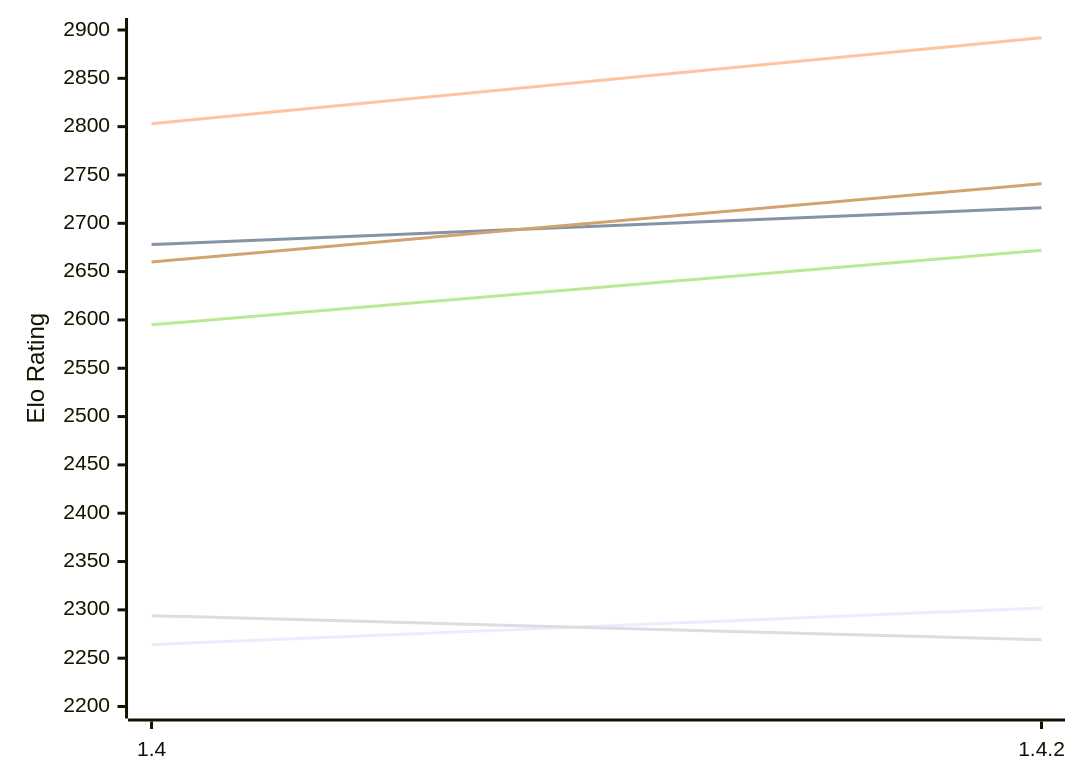
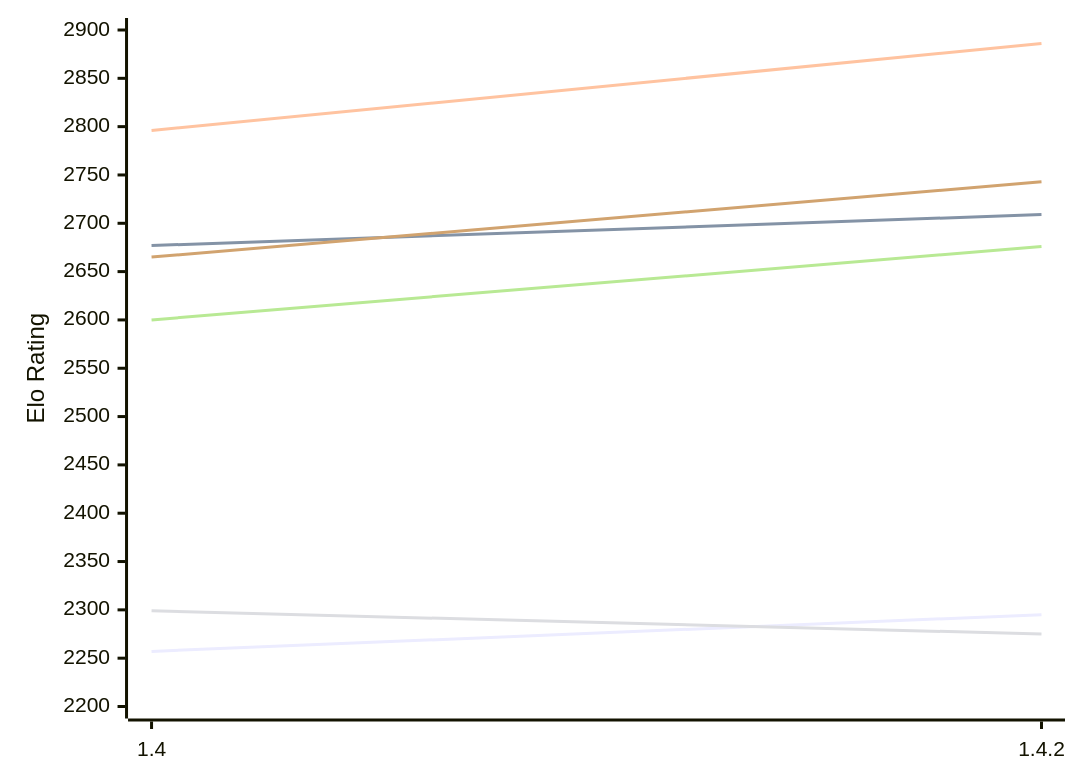
The first of 2 diagrams in engines/Spike.md (computer-chess-index/cci), drawn with Mermaid before and after one commit. The commit also changed other lines of this file, not shown here.

Commit message:
Update CCI Ratings (ELO VLTC) - 2026-11-18

````diff
--- a/engines/Spike.md
+++ b/engines/Spike.md
@@ -50,12 +50,12 @@
 ```mermaid
 %%{init: {"theme":"base","themeVariables":{"seriesColors:['#a3a3a3','#222221','#faa371']}}}%%
 xychart-beta
   x-axis ["1.4", "1.4.2"]
   y-axis "Elo Rating" 2200 --> 2900
-  line "E1: STC (8.0+0.08s)" [2264, 2302]
-  line "E1: LTC (60.0+0.60s)" [2678, 2716]
-  line "E1: VLTC (2m24s+1.12s)" [2803, 2892]
-  line "P1: STC (8.0+0.08s)" [2294, 2269]
-  line "P1: LTC (60.0+0.60s)" [2595, 2672]
-  line "P1: VLTC (2m24s+1.12s)" [2660, 2741]
+  line "E1: STC (8.0+0.08s)" [2257, 2295]
+  line "E1: LTC (60.0+0.60s)" [2677, 2709]
+  line "E1: VLTC (2m24s+1.12s)" [2796, 2886]
+  line "P1: STC (8.0+0.08s)" [2299, 2275]
+  line "P1: LTC (60.0+0.60s)" [2600, 2676]
+  line "P1: VLTC (2m24s+1.12s)" [2665, 2743]
 ```
````
